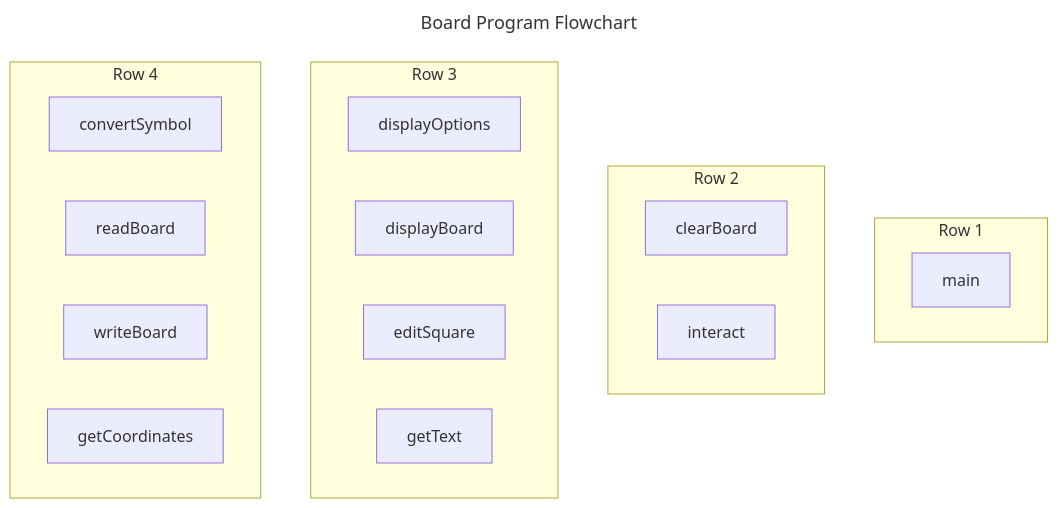
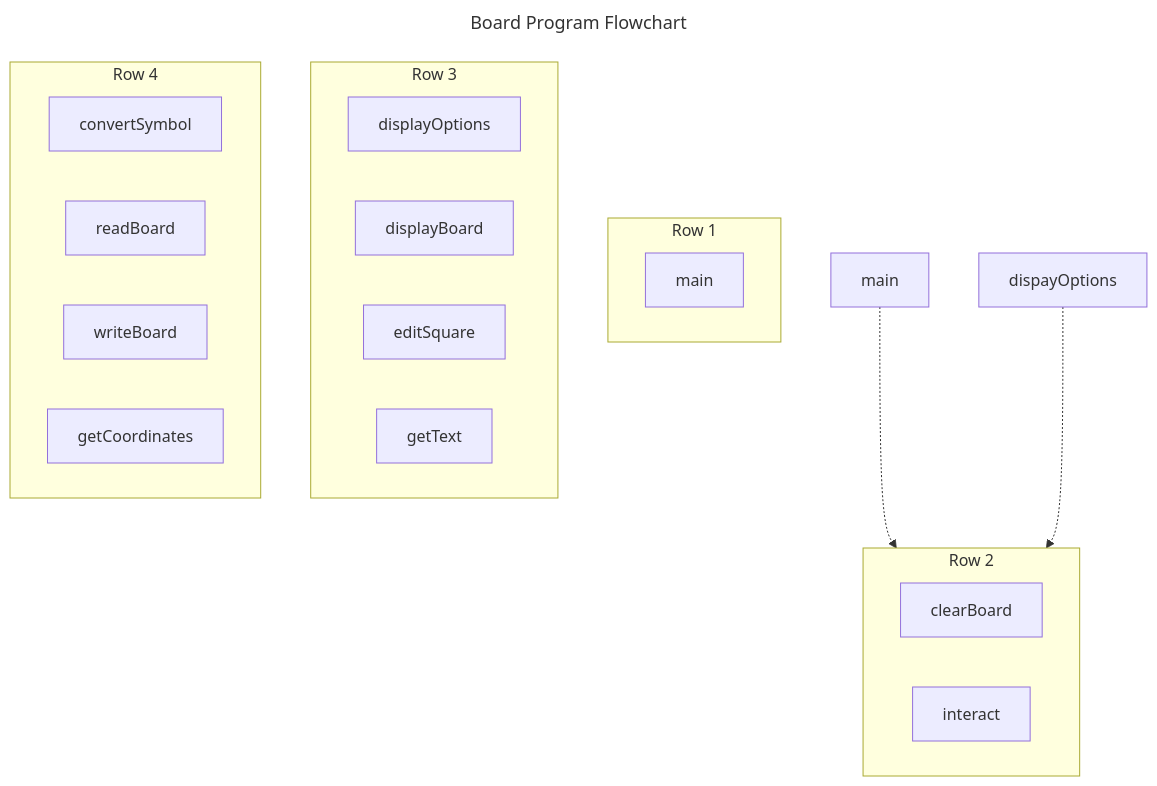
Before and after one commit to ehrrsn7/object-oriented-programming: the diagram in cpp/Unit-1/Chapter-1.0/1.0-Design-Documents.ai.md, drawn with Mermaid.

Commit message:
🤖 AI C21901i11:01 AM: ${AMi8e18AMge} | ${7AM11:01 AMe}

```diff
--- a/cpp/Unit-1/Chapter-1.0/1.0-Design-Documents.ai.md
+++ b/cpp/Unit-1/Chapter-1.0/1.0-Design-Documents.ai.md
@@ -196,41 +196,44 @@
 :::mermaid
 ---
 title: Board Program Flowchart
-config:
-  layout: hierarchical
+layout: hierarchical
 flowchart:
    htmlLabels: false
 ---
 flowchart TB
    subgraph subGraph1["Row 1"]
       direction LR
 
       main.Aqua["main"]
    end
 
    subgraph subGraph2["Row 2"]
       direction LR
 
       clearBoard["clearBoard"]
       interact["interact"]
    end
 
    subgraph subGraph3["Row 3"]
       direction LR
 
       displayOptions["displayOptions"]
       displayBoard["displayBoard"]
       editSquare["editSquare"]
       getText["getText"]
    end
 
    subgraph subGraph4["Row 4"]
       direction LR
 
       convertSymbol["convertSymbol"]
       readBoard["readBoard"]
       writeBoard["writeBoard"]
       getCoordinates["getCoordinates"]
    end
+
+   main -.-> interact
+
+   dispayOptions -.-> interact
 classDef Aqua stroke-width:1px, stroke-dasharray:none, stroke:#46EDC8, fill:#DEFFF8, color:#378E7A
 :::
```
